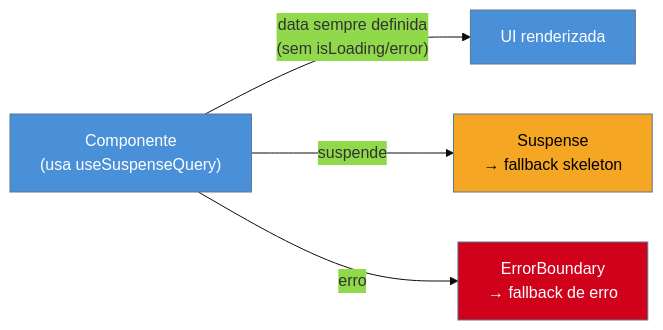
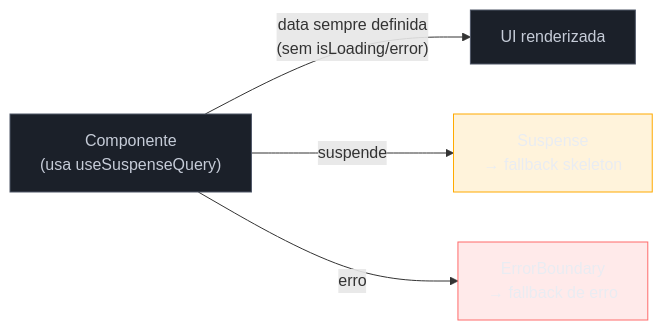
Before and after one commit to josenaldo/codex-technomanticus: the third of 3 diagrams in 03-Dominios/Tecnologia/React/React core/19 - Suspense e data fetching no cliente.md, drawn with Mermaid. The commit also changed other lines of this file and 1181 other files, not shown here.

First line of the commit message:
fix(diagramas): paleta do sistema no lugar de cor cravada no markdown

````diff
--- a/03-Dominios/Tecnologia/React/React core/19 - Suspense e data fetching no cliente.md
+++ b/03-Dominios/Tecnologia/React/React core/19 - Suspense e data fetching no cliente.md
@@ -375,12 +376,14 @@
 ```mermaid
-%%{init: {"theme": "base", "themeVariables": {"primaryColor": "#4A90D9"}}}%%
 graph LR
+    classDef neutro fill:#1B2029,stroke:#4E5666,color:#C6CCD8
+    classDef destaque fill:#FFAA0024,stroke:#FFAA00,color:#E9ECF2
+    classDef falha fill:#FF6B6B24,stroke:#FF6B6B,color:#E9ECF2
     A["Componente\n(usa useSuspenseQuery)"] -->|"data sempre definida\n(sem isLoading/error)"| B["UI renderizada"]
     A -->|suspende| C["Suspense\n→ fallback skeleton"]
     A -->|erro| D["ErrorBoundary\n→ fallback de erro"]
 
-    style A fill:#4A90D9,color:#fff
-    style B fill:#4A90D9,color:#fff
-    style C fill:#F5A623,color:#000
-    style D fill:#D0021B,color:#fff
+    class A neutro
+    class B neutro
+    class C destaque
+    class D falha
 ```
````
